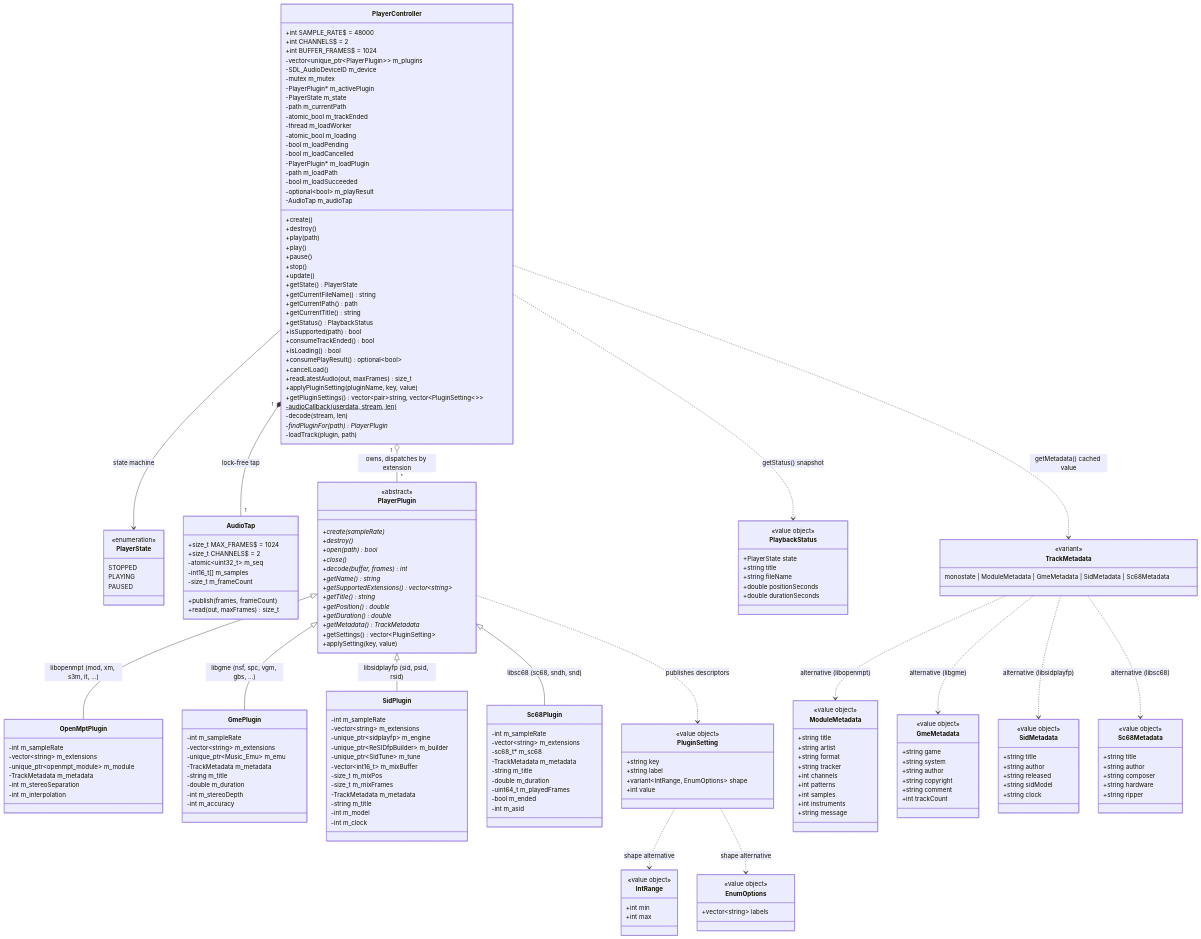
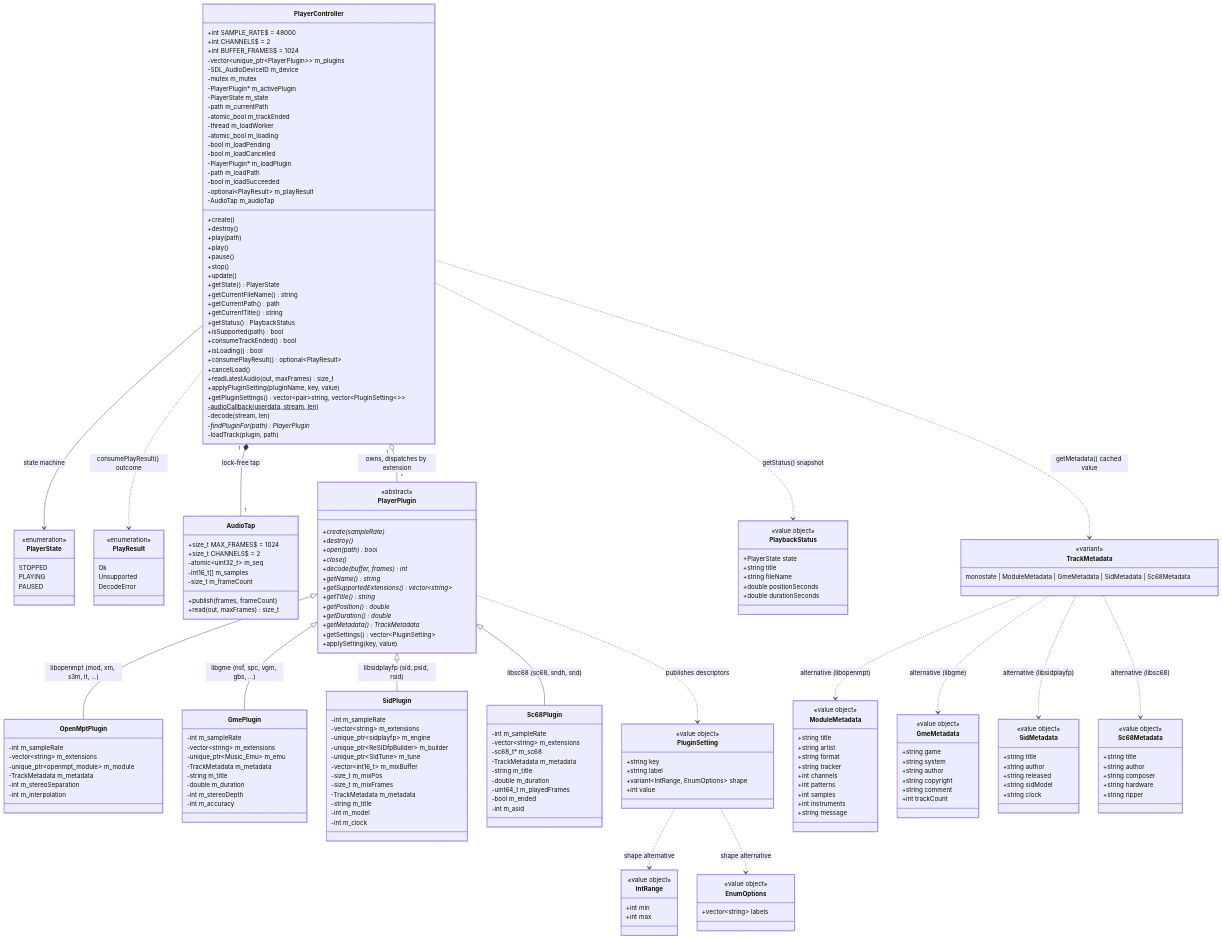
Before and after one commit to notnotme/osp2: the diagram in docs/audio.md, drawn with Mermaid. The commit also changed other lines of this file and 12 other files, not shown here.

```diff
--- a/docs/audio.md
+++ b/docs/audio.md
@@ -9,6 +9,13 @@
         STOPPED
         PLAYING
         PAUSED
+    }
+
+    class PlayResult {
+        <<enumeration>>
+        Ok
+        Unsupported
+        DecodeError
     }
 
     class PlayerController {
@@ -29,7 +36,7 @@
         -PlayerPlugin* m_loadPlugin
         -path m_loadPath
         -bool m_loadSucceeded
-        -optional~bool~ m_playResult
+        -optional~PlayResult~ m_playResult
         -AudioTap m_audioTap
         +create()
         +destroy()
@@ -46,7 +53,7 @@
         +isSupported(path) bool
         +consumeTrackEnded() bool
         +isLoading() bool
-        +consumePlayResult() optional~bool~
+        +consumePlayResult() optional~PlayResult~
         +cancelLoad()
         +readLatestAudio(out, maxFrames) size_t
         +applyPluginSetting(pluginName, key, value)
@@ -206,6 +213,7 @@
     }
 
     PlayerController --> PlayerState : state machine
+    PlayerController ..> PlayResult : consumePlayResult() outcome
     PlayerController ..> PlaybackStatus : getStatus() snapshot
     PlayerController ..> TrackMetadata : getMetadata() cached value
     PlayerController "1" o-- "*" PlayerPlugin : owns, dispatches by extension
```
